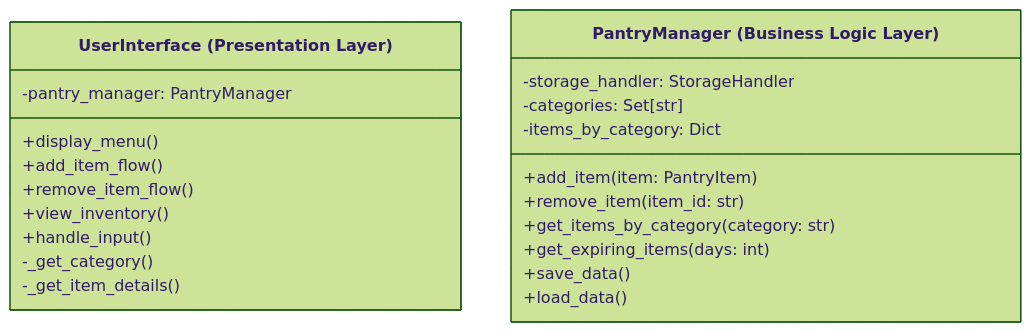
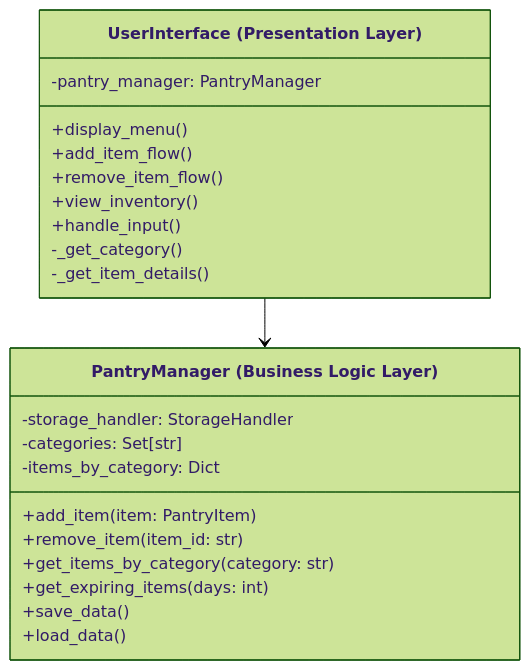
Before and after one commit to ostafford/cwd_playground: the diagram in cwd_3c/class_Diagram.md, drawn with Mermaid (forest theme). The commit also changed 6 other files, not shown here.

````diff
--- a/cwd_3c/class_Diagram.md
+++ b/cwd_3c/class_Diagram.md
@@ -1,25 +1,27 @@
 ```mermaid
 classDiagram
-    class Presentation_Title ["UserInterface (Presentation Layer)"] {
+    class PL ["UserInterface (Presentation Layer)"] {
         -pantry_manager: PantryManager
         +display_menu()
         +add_item_flow()
         +remove_item_flow()
         +view_inventory()
         +handle_input()
         -_get_category()
         -_get_item_details()
     }
 
-class Business_Logic_Title ["PantryManager (Business Logic Layer)"] {
+class BLL ["PantryManager (Business Logic Layer)"] {
         -storage_handler: StorageHandler
         -categories: Set[str]
         -items_by_category: Dict
         +add_item(item: PantryItem)
         +remove_item(item_id: str)
         +get_items_by_category(category: str)
         +get_expiring_items(days: int)
         +save_data()
         +load_data()
     }
+
+PL --> BLL
 ```
````
